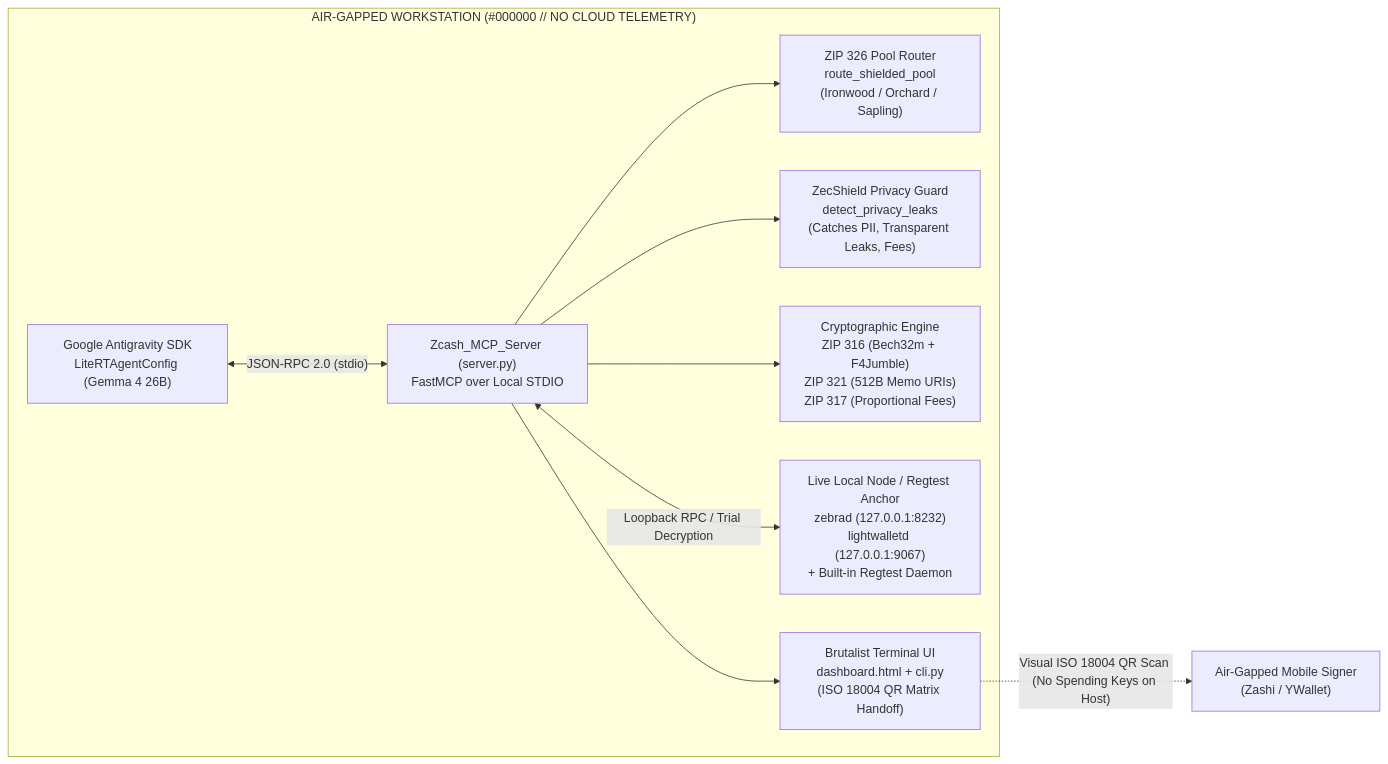
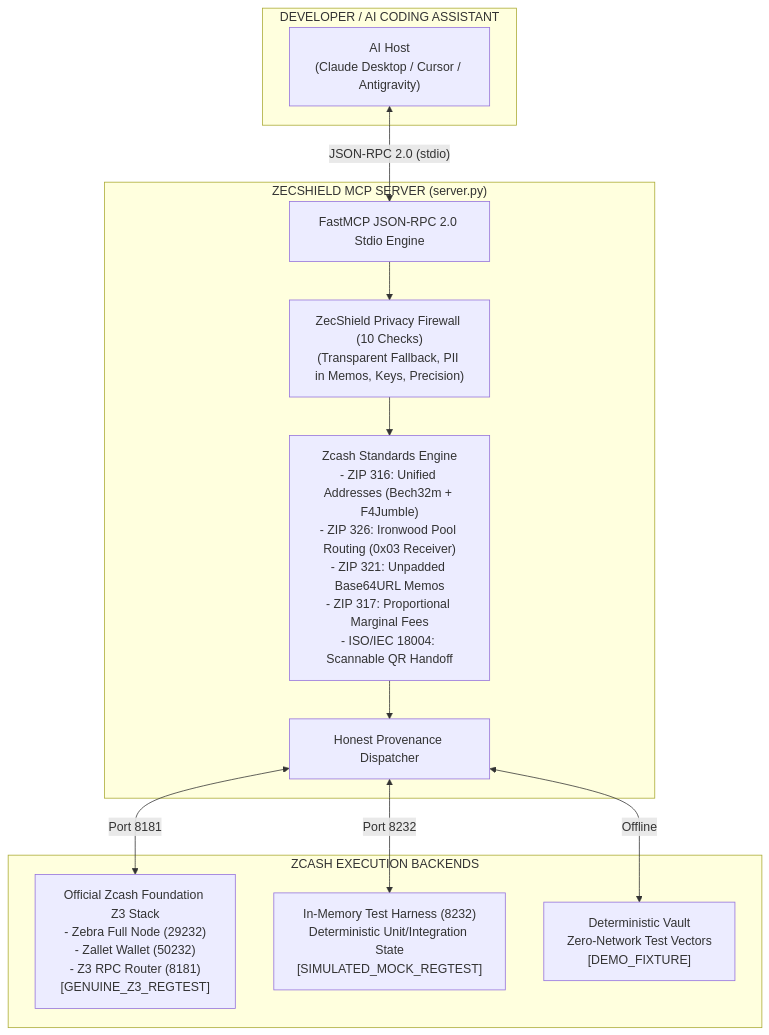
The diagram in README.md (ademikelz19-hub/zcash-mcp-server), drawn with Mermaid before and after one commit. The commit also changed other lines of this file and 27 other files, not shown here.

Commit message:
feat: ZecShield Privacy Firewall, Z3 regtest stack, 47 passing tests, CI action, and submission docs

````diff
--- a/README.md
+++ b/README.md
@@ -23,22 +36,27 @@
 ```mermaid
-flowchart LR
-    subgraph LocalWorkstation["AIR-GAPPED WORKSTATION (#000000 // NO CLOUD TELEMETRY)"]
-        Agent["Google Antigravity SDK\nLiteRTAgentConfig (Gemma 4 26B)"]
-        MCP["Zcash_MCP_Server (server.py)\nFastMCP over Local STDIO"]
-        Router["ZIP 326 Pool Router\nroute_shielded_pool\n(Ironwood / Orchard / Sapling)"]
-        LeakGuard["ZecShield Privacy Guard\ndetect_privacy_leaks\n(Catches PII, Transparent Leaks, Fees)"]
-        Crypto["Cryptographic Engine\nZIP 316 (Bech32m + F4Jumble)\nZIP 321 (512B Memo URIs)\nZIP 317 (Proportional Fees)"]
-        Node["Live Local Node / Regtest Anchor\nzebrad (127.0.0.1:8232)\nlightwalletd (127.0.0.1:9067)\n+ Built-in Regtest Daemon"]
-        Dashboard["Brutalist Terminal UI\ndashboard.html + cli.py\n(ISO 18004 QR Matrix Handoff)"]
+flowchart TD
+    subgraph Host["DEVELOPER / AI CODING ASSISTANT"]
+        Client["AI Host\n(Claude Desktop / Cursor / Antigravity)"]
     end
 
-    Wallet["Air-Gapped Mobile Signer\n(Zashi / YWallet)"]
+    subgraph ZecShield["ZECSHIELD MCP SERVER (server.py)"]
+        FastMCP["FastMCP JSON-RPC 2.0 Stdio Engine"]
+        Firewall["ZecShield Privacy Firewall (10 Checks)\n(Transparent Fallback, PII in Memos, Keys, Precision)"]
+        Standards["Zcash Standards Engine\n- ZIP 316: Unified Addresses (Bech32m + F4Jumble)\n- ZIP 326: Ironwood Pool Routing (0x03 Receiver)\n- ZIP 321: Unpadded Base64URL Memos\n- ZIP 317: Proportional Marginal Fees\n- ISO/IEC 18004: Scannable QR Handoff"]
+        Dispatcher["Honest Provenance Dispatcher"]
+    end
 
-    Agent <-->|"JSON-RPC 2.0 (stdio)"| MCP
-    MCP --> Router
-    MCP --> LeakGuard
-    MCP --> Crypto
-    MCP <-->|"Loopback RPC / Trial Decryption"| Node
-    MCP --> Dashboard
-    Dashboard -.->|"Visual ISO 18004 QR Scan (No Spending Keys on Host)"| Wallet
+    subgraph Backends["ZCASH EXECUTION BACKENDS"]
+        Z3["Official Zcash Foundation Z3 Stack\n- Zebra Full Node (29232)\n- Zallet Wallet (50232)\n- Z3 RPC Router (8181)\n[GENUINE_Z3_REGTEST]"]
+        Mock["In-Memory Test Harness (8232)\nDeterministic Unit/Integration State\n[SIMULATED_MOCK_REGTEST]"]
+        Vault["Deterministic Vault\nZero-Network Test Vectors\n[DEMO_FIXTURE]"]
+    end
+
+    Client <-->|"JSON-RPC 2.0 (stdio)"| FastMCP
+    FastMCP --> Firewall
+    Firewall --> Standards
+    Standards --> Dispatcher
+    Dispatcher <-->|"Port 8181"| Z3
+    Dispatcher <-->|"Port 8232"| Mock
+    Dispatcher <-->|"Offline"| Vault
 ```
````
